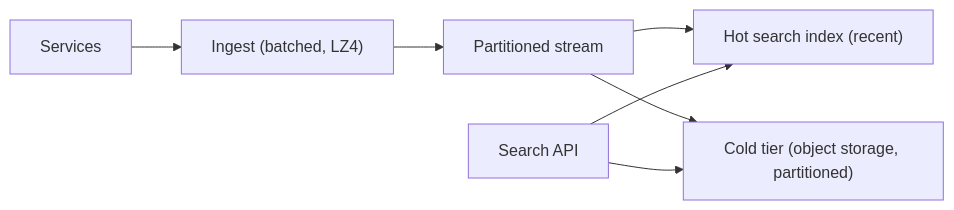
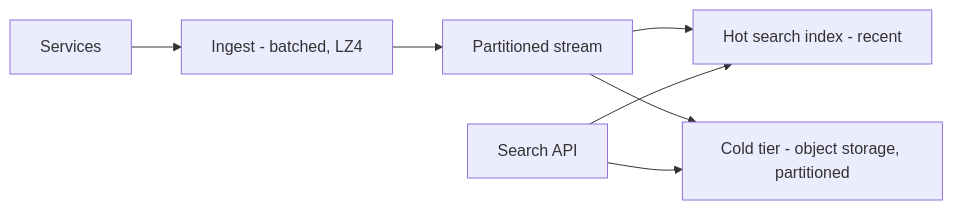
One commit to RIT-MESH/system-design-mastery changed the first of 4 diagrams in case-studies/intermediate/logging-platform.md. Above: the diagram before and after it, drawn with Mermaid. The commit also changed 139 other files, not shown here.

First line of the commit message:
Fix Mermaid parse errors: replace parentheses in node labels across 140 files

````diff
--- a/case-studies/intermediate/logging-platform.md
+++ b/case-studies/intermediate/logging-platform.md
@@ -48,10 +48,10 @@
 ```mermaid
 %% created-for: system-design-mastery
 flowchart LR
-  Src["Services"] --> Ingest["Ingest (batched, LZ4)"]
+  Src["Services"] --> Ingest["Ingest - batched, LZ4"]
   Ingest --> Stream["Partitioned stream"]
-  Stream --> Hot["Hot search index (recent)"]
-  Stream --> Tier["Cold tier (object storage, partitioned)"]
+  Stream --> Hot["Hot search index - recent"]
+  Stream --> Tier["Cold tier - object storage, partitioned"]
   Search["Search API"] --> Hot
   Search --> Tier
 ```
````
